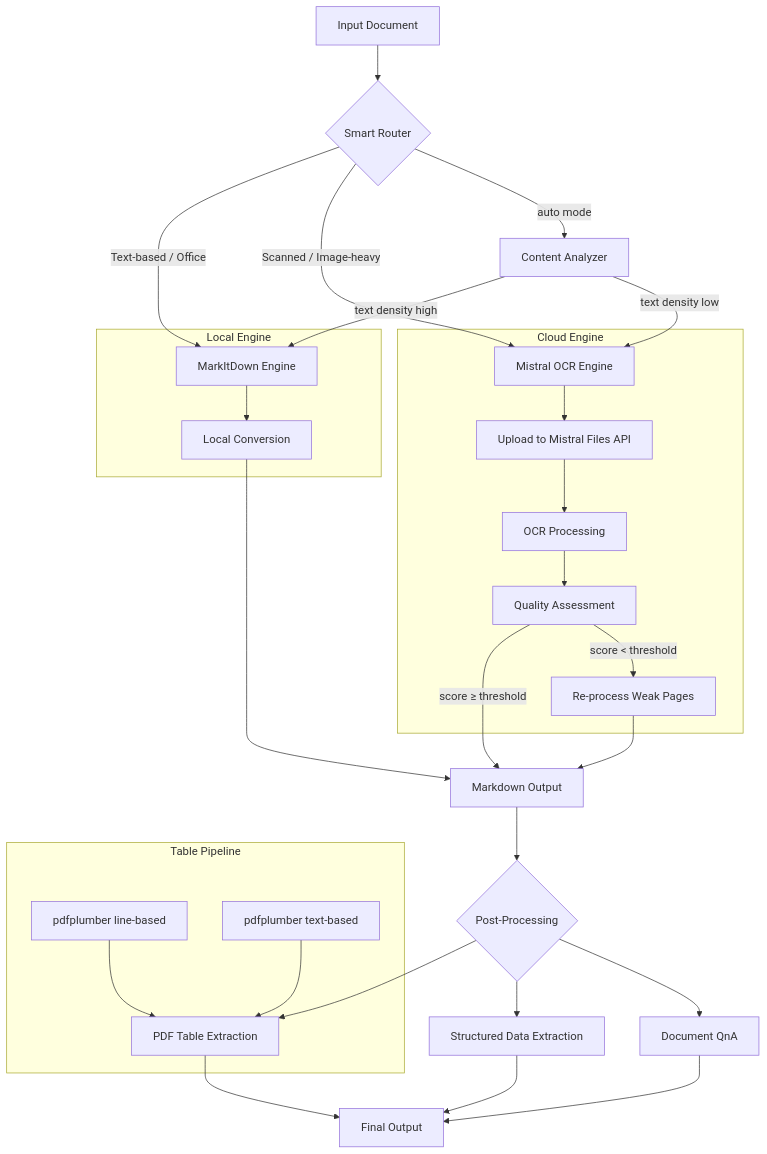
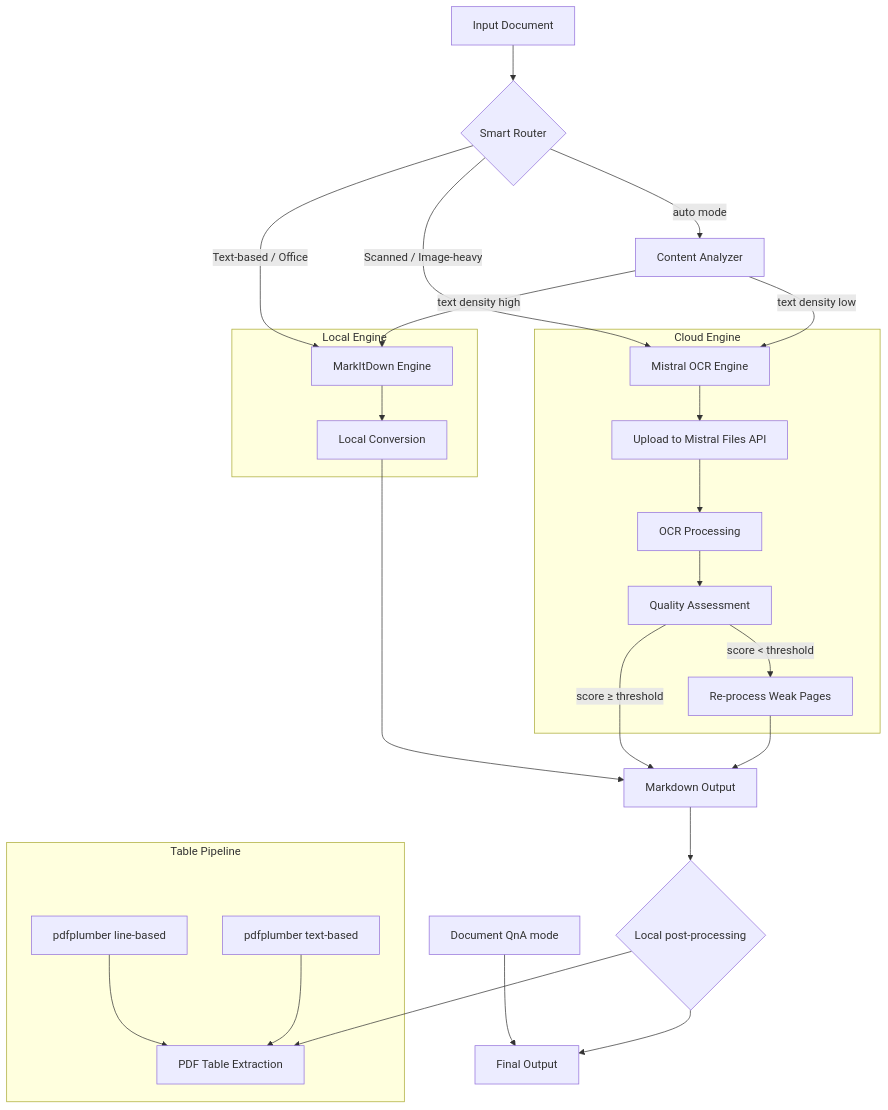
One commit to jaim12005/Mistral_Markitdown changed the diagram in docs/ARCHITECTURE.md. Above: the diagram before and after it, drawn with Mermaid. The commit also changed other lines of this file and 12 other files, not shown here.

````diff
--- a/docs/ARCHITECTURE.md
+++ b/docs/ARCHITECTURE.md
@@ -9,47 +9,44 @@
 ```mermaid
 flowchart TD
     A[Input Document] --> B{Smart Router}
     B -->|Text-based / Office| C[MarkItDown Engine]
     B -->|Scanned / Image-heavy| D[Mistral OCR Engine]
     B -->|auto mode| E[Content Analyzer]
     E -->|text density high| C
     E -->|text density low| D
 
     C --> F[Local Conversion]
     F --> G[Markdown Output]
 
     D --> H[Upload to Mistral Files API]
     H --> I[OCR Processing]
     I --> J[Quality Assessment]
     J -->|score ≥ threshold| G
     J -->|score < threshold| K[Re-process Weak Pages]
     K --> G
 
-    G --> L{Post-Processing}
+    G --> L{Local post-processing}
     L --> M[PDF Table Extraction]
-    L --> N[Structured Data Extraction]
-    L --> O[Document QnA]
+    L --> P[Final Output]
 
-    M --> P[Final Output]
-    N --> P
-    O --> P
+    Q[Document QnA mode] --> P
 
     subgraph Local Engine
         C
         F
     end
 
     subgraph Cloud Engine
         D
         H
         I
         J
         K
     end
 
     subgraph Table Pipeline
         M
         M1[pdfplumber line-based] --> M
         M2[pdfplumber text-based] --> M
     end
 ```
````
